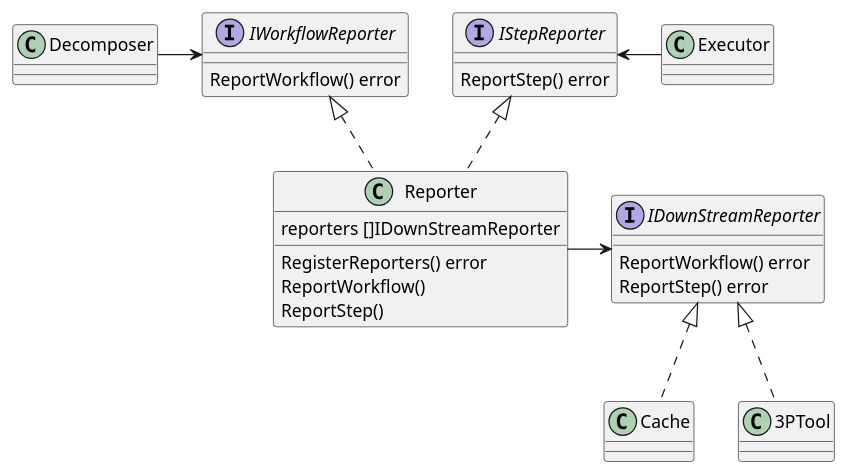
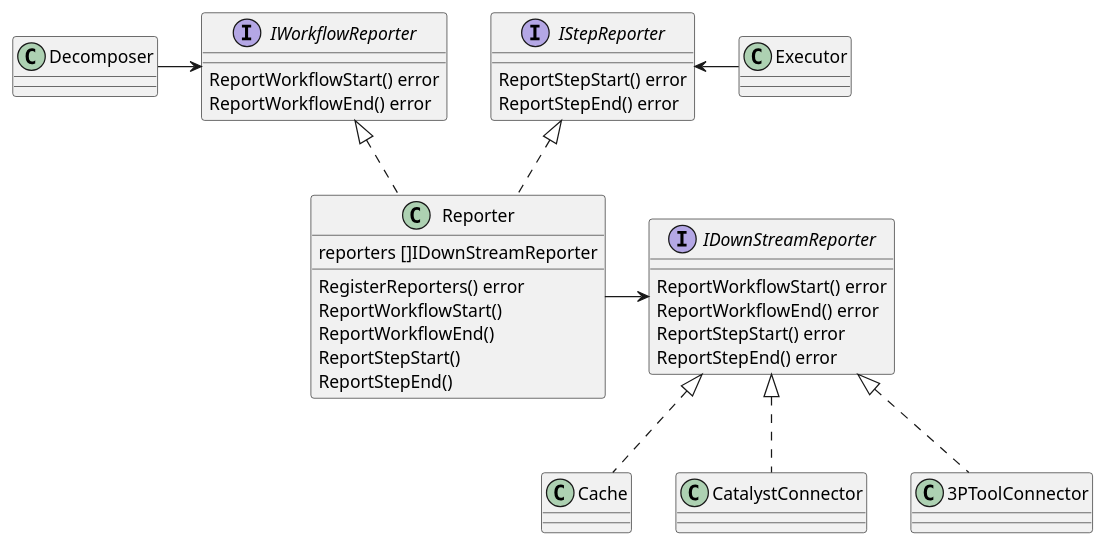
One commit to COSSAS/SOARCA changed the first of 2 diagrams in docs/content/en/docs/core-components/reporting.md. Above: the diagram before and after it, drawn with PlantUML. The commit also changed other lines of this file and 3 other files, not shown here.

````diff
--- a/docs/content/en/docs/core-components/reporting.md
+++ b/docs/content/en/docs/core-components/reporting.md
@@ -28,43 +28,50 @@
 ```plantuml
 @startuml
 set separator ::
 
 interface IStepReporter{
-   ReportStep() error
+   ReportStepStart() error
+   ReportStepEnd() error
 }
 
 interface IWorkflowReporter{
-    ReportWorkflow() error
+    ReportWorkflowStart() error
+    ReportWorkflowEnd() error
 }
 
 
 interface IDownStreamReporter {
-    ReportWorkflow() error
-	ReportStep() error
+    ReportWorkflowStart() error
+    ReportWorkflowEnd() error
+	ReportStepStart() error
+	ReportStepEnd() error
 }
 
 class Reporter {
     reporters []IDownStreamReporter
-
     RegisterReporters() error
-    ReportWorkflow()
-    ReportStep()
+    ReportWorkflowStart()
+    ReportWorkflowEnd()
+    ReportStepStart()
+    ReportStepEnd()
 }
 
 class Cache
-class 3PTool
+class CatalystConnector
+class 3PToolConnector
 
 class Decomposer
 class Executor
 
 Decomposer -right-> IWorkflowReporter
 Executor -left-> IStepReporter
 
 Reporter .up.|> IStepReporter
 Reporter .up.|> IWorkflowReporter
 Reporter -right-> IDownStreamReporter
 
 Cache .up.|> IDownStreamReporter
-3PTool .up.|> IDownStreamReporter
+CatalystConnector .up.|> IDownStreamReporter
+3PToolConnector .up.|> IDownStreamReporter
 
 ```
````
